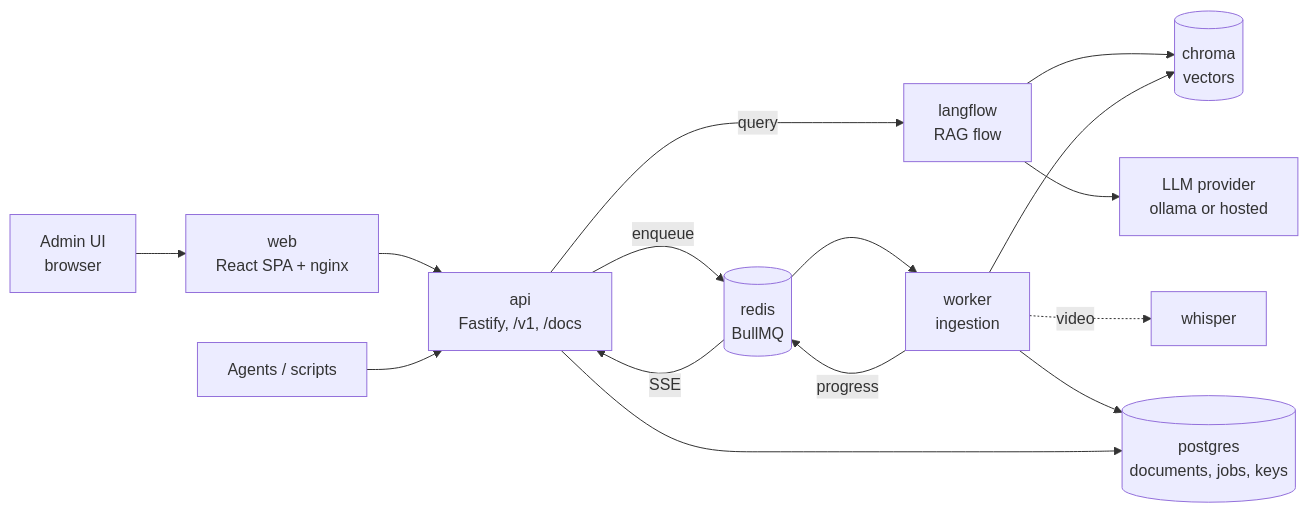
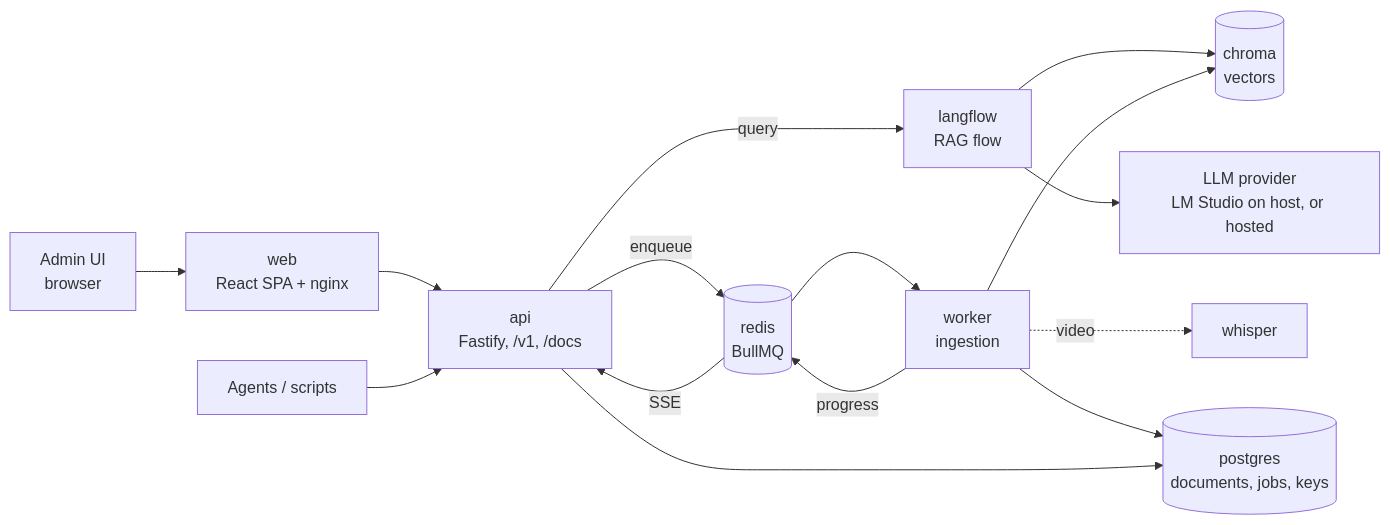
One commit to g-terra/rag-workspaces changed the diagram in docs/architecture.md. Above: the diagram before and after it, drawn with Mermaid. The commit also changed other lines of this file and 2 other files, not shown here.

First line of the commit message:
docs: use LM Studio as the default local model provider

````diff
--- a/docs/architecture.md
+++ b/docs/architecture.md
@@ -14,17 +14,17 @@
 ```mermaid
 flowchart LR
   UI[Admin UI<br/>browser] --> WEB[web<br/>React SPA + nginx]
   WEB --> API
   AG[Agents / scripts] --> API[api<br/>Fastify, /v1, /docs]
   API -- query --> LF[langflow<br/>RAG flow]
   LF --> QD[(chroma<br/>vectors)]
-  LF --> LLM[LLM provider<br/>ollama or hosted]
+  LF --> LLM[LLM provider<br/>LM Studio on host, or hosted]
   API -- enqueue --> RD[(redis<br/>BullMQ)]
   RD --> WK[worker<br/>ingestion]
   WK --> QD
   WK -. video .-> WH[whisper]
   WK --> PG[(postgres<br/>documents, jobs, keys)]
   API --> PG
   WK -- progress --> RD
   RD -- SSE --> API
 ```
````
